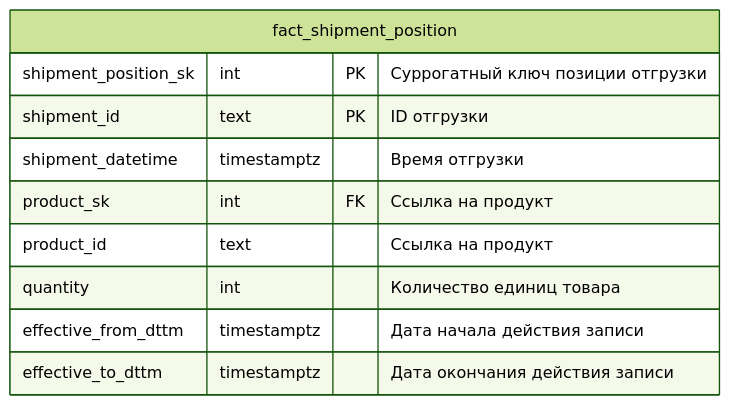
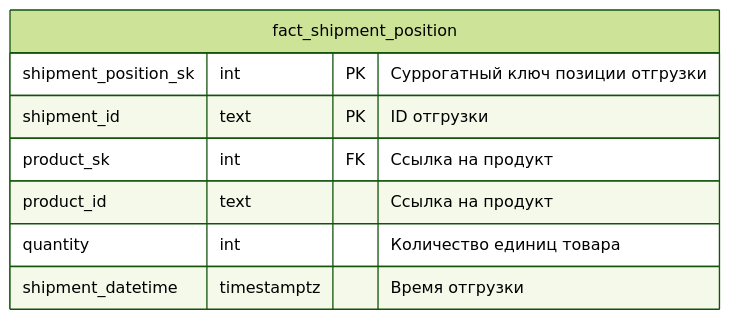
The eighth of 9 diagrams in docs/db_schema/Базовые ввитрины.md (vgorbikov/dq-practice), drawn with Mermaid (forest theme) before and after one commit. The commit also changed other lines of this file and 3 other files, not shown here.

````diff
--- a/docs/db_schema/Базовые ввитрины.md
+++ b/docs/db_schema/Базовые ввитрины.md
@@ -161,14 +175,12 @@
 ```mermaid
 erDiagram
 
 fact_shipment_position {
     shipment_position_sk int PK "Суррогатный ключ позиции отгрузки"
     shipment_id text PK "ID отгрузки"
-    shipment_datetime timestamptz "Время отгрузки"
     product_sk int FK "Ссылка на продукт"
     product_id text "Ссылка на продукт"
     quantity int "Количество единиц товара"
-    effective_from_dttm timestamptz "Дата начала действия записи"
-    effective_to_dttm timestamptz "Дата окончания действия записи"
+    shipment_datetime timestamptz "Время отгрузки"
 }
 ```
````
